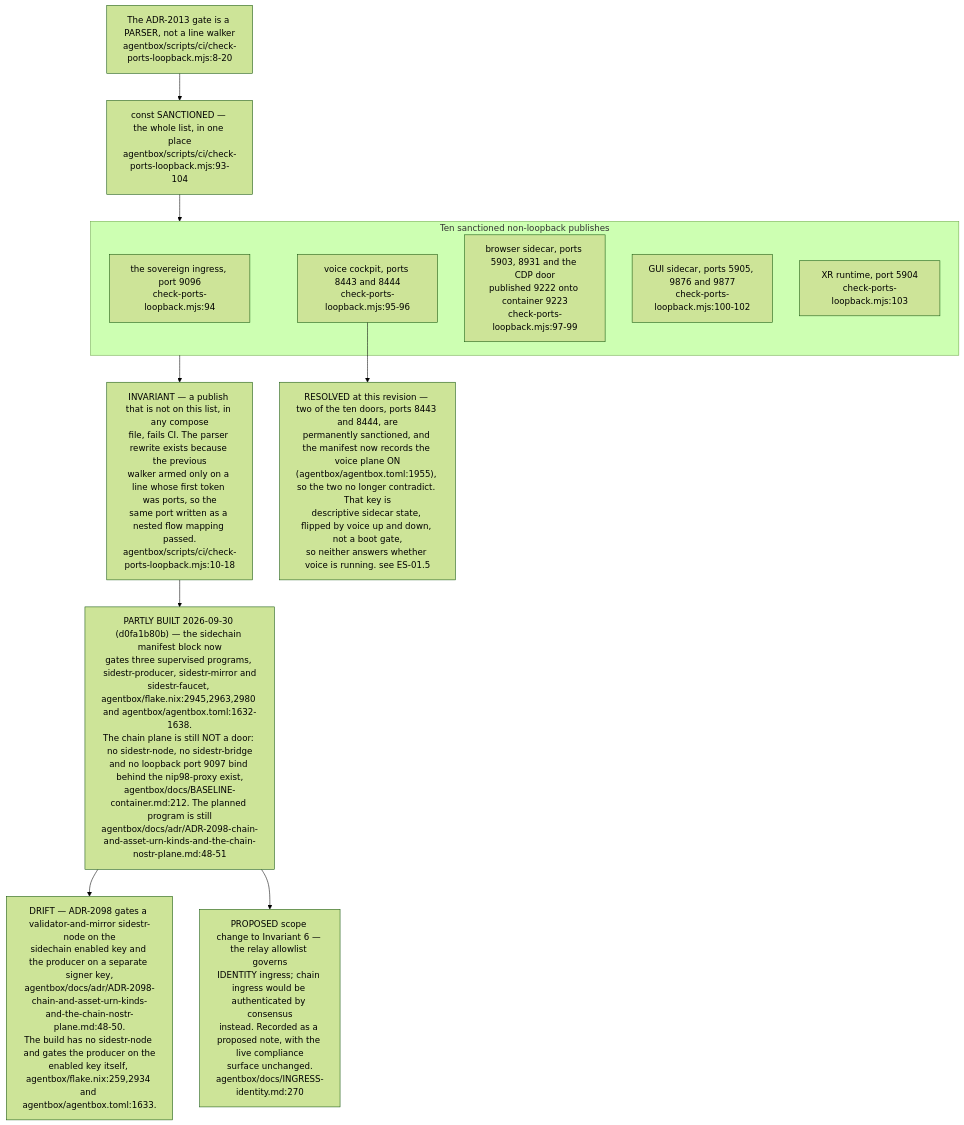
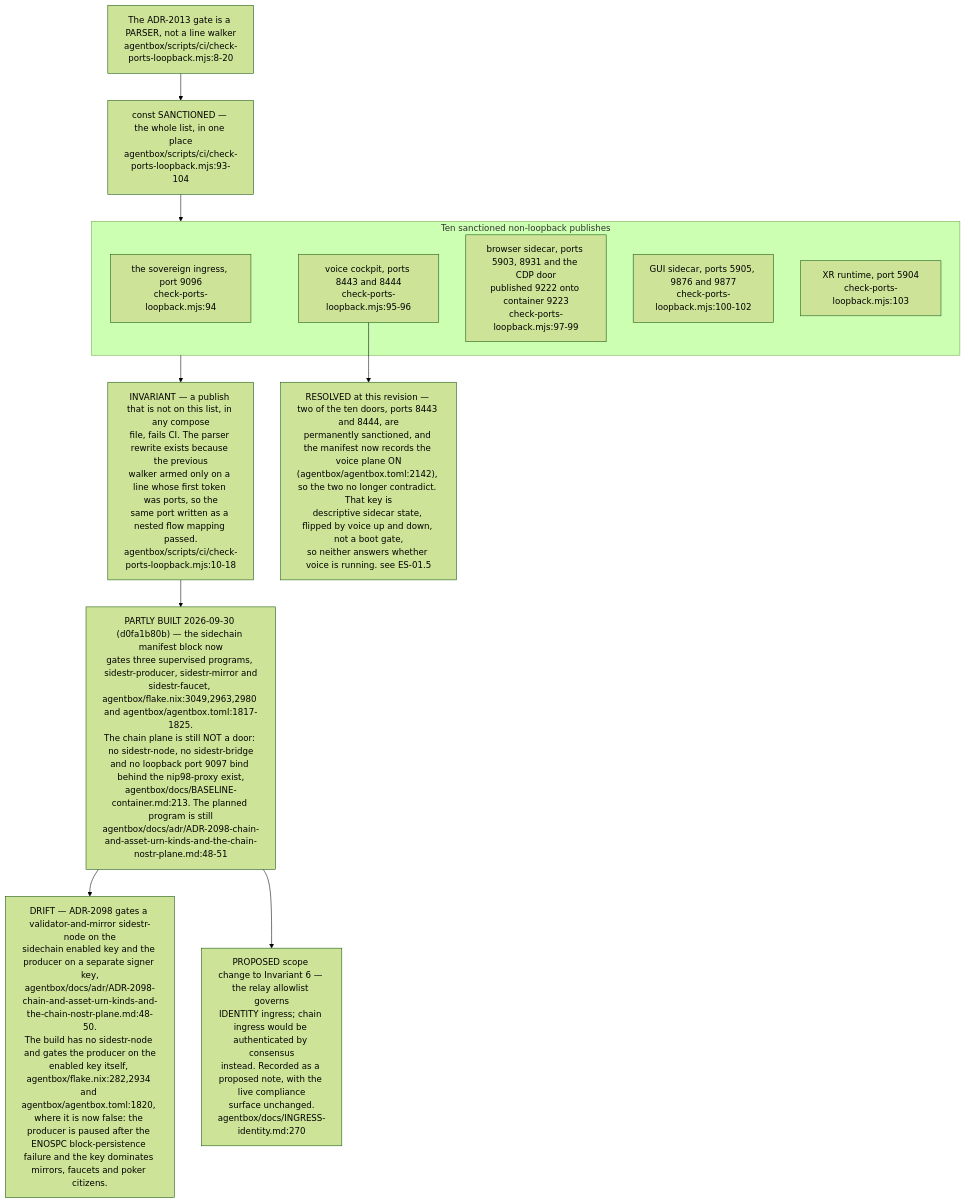
Before and after one commit to DreamLab-AI/VisionFlow: diagram 11 of 11 in docs/diagrams/estate/10-deployment-and-security-profiles.md, drawn with Mermaid (forest theme). The commit also changed other lines of this file and 80 other files, not shown here.

First line of the commit message:
docs(diagrams): re-verify the agentbox, dreamlab, estate and visionflow corpus against current sources

````diff
--- a/docs/diagrams/estate/10-deployment-and-security-profiles.md
+++ b/docs/diagrams/estate/10-deployment-and-security-profiles.md
@@ -436,29 +436,29 @@
 ```mermaid
 flowchart TB
     GATE["The ADR-2013 gate is a PARSER, not a line walker<br/>agentbox/scripts/ci/check-ports-loopback.mjs:8-20"]
     LIST["const SANCTIONED — the whole list, in one place<br/>agentbox/scripts/ci/check-ports-loopback.mjs:93-104"]
     GATE --> LIST
 
     subgraph DOORS["Ten sanctioned non-loopback publishes"]
         D0["the sovereign ingress, port 9096<br/>check-ports-loopback.mjs:94"]
         D1["voice cockpit, ports 8443 and 8444<br/>check-ports-loopback.mjs:95-96"]
         D2["browser sidecar, ports 5903, 8931 and the CDP door<br/>published 9222 onto container 9223<br/>check-ports-loopback.mjs:97-99"]
         D3["GUI sidecar, ports 5905, 9876 and 9877<br/>check-ports-loopback.mjs:100-102"]
         D4["XR runtime, port 5904<br/>check-ports-loopback.mjs:103"]
     end
     LIST --> DOORS
 
     INV["INVARIANT — a publish that is not on this list, in any compose<br/>file, fails CI. The parser rewrite exists because the previous<br/>walker armed only on a line whose first token was ports, so the<br/>same port written as a nested flow mapping passed.<br/>agentbox/scripts/ci/check-ports-loopback.mjs:10-18"]
     DOORS --> INV
 
-    PROP["PARTLY BUILT 2026-09-30 (d0fa1b80b) — the sidechain manifest block now<br/>gates three supervised programs, sidestr-producer, sidestr-mirror and<br/>sidestr-faucet, agentbox/flake.nix:2945,2963,2980 and agentbox/agentbox.toml:1632-1638.<br/>The chain plane is still NOT a door: no sidestr-node, no sidestr-bridge<br/>and no loopback port 9097 bind behind the nip98-proxy exist,<br/>agentbox/docs/BASELINE-container.md:212. The planned program is still<br/>agentbox/docs/adr/ADR-2098-chain-and-asset-urn-kinds-and-the-chain-nostr-plane.md:48-51"]
+    PROP["PARTLY BUILT 2026-09-30 (d0fa1b80b) — the sidechain manifest block now<br/>gates three supervised programs, sidestr-producer, sidestr-mirror and<br/>sidestr-faucet, agentbox/flake.nix:3049,2963,2980 and agentbox/agentbox.toml:1817-1825.<br/>The chain plane is still NOT a door: no sidestr-node, no sidestr-bridge<br/>and no loopback port 9097 bind behind the nip98-proxy exist,<br/>agentbox/docs/BASELINE-container.md:213. The planned program is still<br/>agentbox/docs/adr/ADR-2098-chain-and-asset-urn-kinds-and-the-chain-nostr-plane.md:48-51"]
     INV --> PROP
-    GATEDRIFT["DRIFT — ADR-2098 gates a validator-and-mirror sidestr-node on the<br/>sidechain enabled key and the producer on a separate signer key,<br/>agentbox/docs/adr/ADR-2098-chain-and-asset-urn-kinds-and-the-chain-nostr-plane.md:48-50.<br/>The build has no sidestr-node and gates the producer on the<br/>enabled key itself, agentbox/flake.nix:259,2934 and agentbox/agentbox.toml:1633."]
+    GATEDRIFT["DRIFT — ADR-2098 gates a validator-and-mirror sidestr-node on the<br/>sidechain enabled key and the producer on a separate signer key,<br/>agentbox/docs/adr/ADR-2098-chain-and-asset-urn-kinds-and-the-chain-nostr-plane.md:48-50.<br/>The build has no sidestr-node and gates the producer on the<br/>enabled key itself, agentbox/flake.nix:282,2934 and agentbox/agentbox.toml:1820, where it is now false: the producer is paused after the ENOSPC block-persistence failure and the key dominates mirrors, faucets and poker citizens."]
     PROP --> GATEDRIFT
 
     NARROW["PROPOSED scope change to Invariant 6 — the relay allowlist governs<br/>IDENTITY ingress; chain ingress would be authenticated by consensus<br/>instead. Recorded as a proposed note, with the live compliance<br/>surface unchanged.<br/>agentbox/docs/INGRESS-identity.md:270"]
     PROP --> NARROW
 
-    TENSION["RESOLVED at this revision — two of the ten doors, ports 8443 and 8444, are<br/>permanently sanctioned, and the manifest now records the voice plane ON<br/>(agentbox/agentbox.toml:1955), so the two no longer contradict. That key is<br/>descriptive sidecar state, flipped by voice up and down, not a boot gate,<br/>so neither answers whether voice is running. see ES-01.5"]
+    TENSION["RESOLVED at this revision — two of the ten doors, ports 8443 and 8444, are<br/>permanently sanctioned, and the manifest now records the voice plane ON<br/>(agentbox/agentbox.toml:2142), so the two no longer contradict. That key is<br/>descriptive sidecar state, flipped by voice up and down, not a boot gate,<br/>so neither answers whether voice is running. see ES-01.5"]
     D1 --> TENSION
 ```
````
